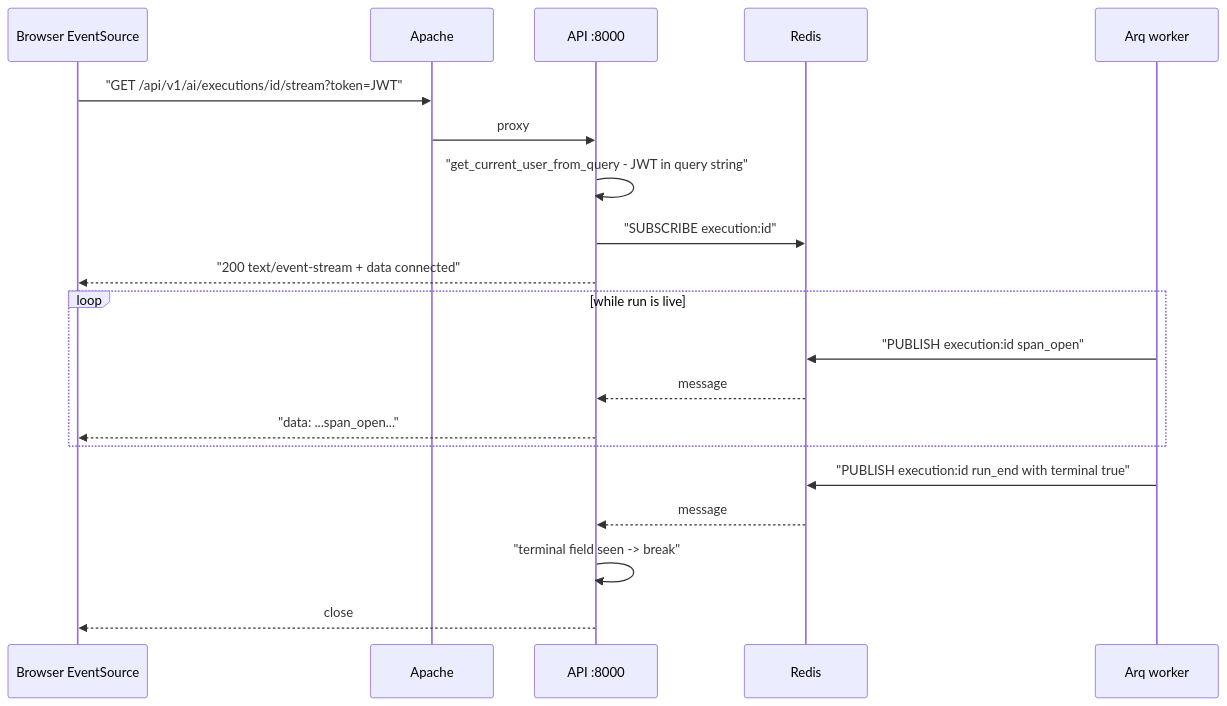
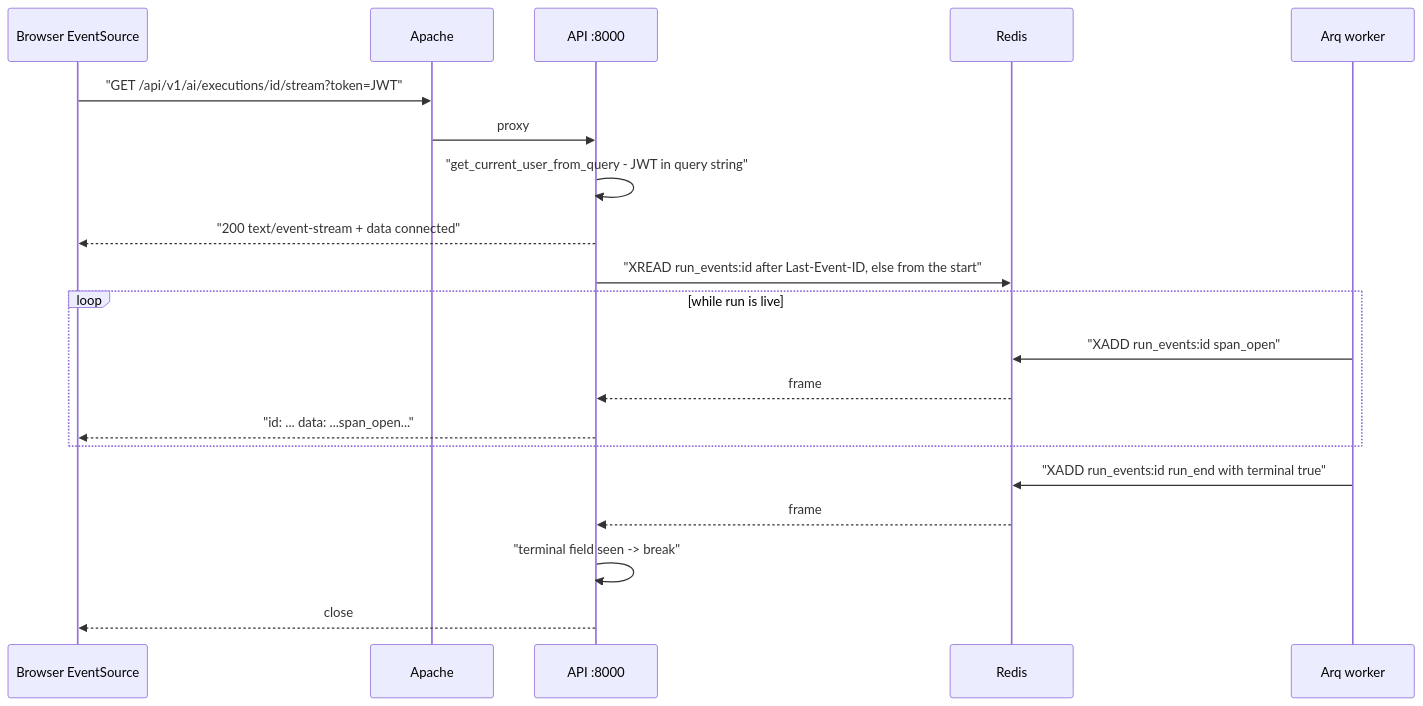
Diagram 11 of 19 in docs/current/02-system-architecture.md (gondolerahul/hire-buddha-app), drawn with Mermaid before and after one commit. The commit also changed other lines of this file and 31 other files, not shown here.

````diff
--- a/docs/current/02-system-architecture.md
+++ b/docs/current/02-system-architecture.md
@@ -804,25 +805,25 @@
 ```mermaid
 sequenceDiagram
     participant B as Browser EventSource
     participant A as Apache
     participant API as API :8000
     participant R as Redis
     participant W as Arq worker
 
     B->>A: "GET /api/v1/ai/executions/id/stream?token=JWT"
     A->>API: proxy
     API->>API: "get_current_user_from_query - JWT in query string"
-    API->>R: "SUBSCRIBE execution:id"
     API-->>B: "200 text/event-stream + data connected"
+    API->>R: "XREAD run_events:id after Last-Event-ID, else from the start"
 
     loop while run is live
-        W->>R: "PUBLISH execution:id  span_open"
-        R-->>API: message
-        API-->>B: "data: ...span_open..."
+        W->>R: "XADD run_events:id  span_open"
+        R-->>API: frame
+        API-->>B: "id: ... data: ...span_open..."
     end
 
-    W->>R: "PUBLISH execution:id  run_end with terminal true"
-    R-->>API: message
+    W->>R: "XADD run_events:id  run_end with terminal true"
+    R-->>API: frame
     API->>API: "terminal field seen -> break"
     API-->>B: close
 ```
````
